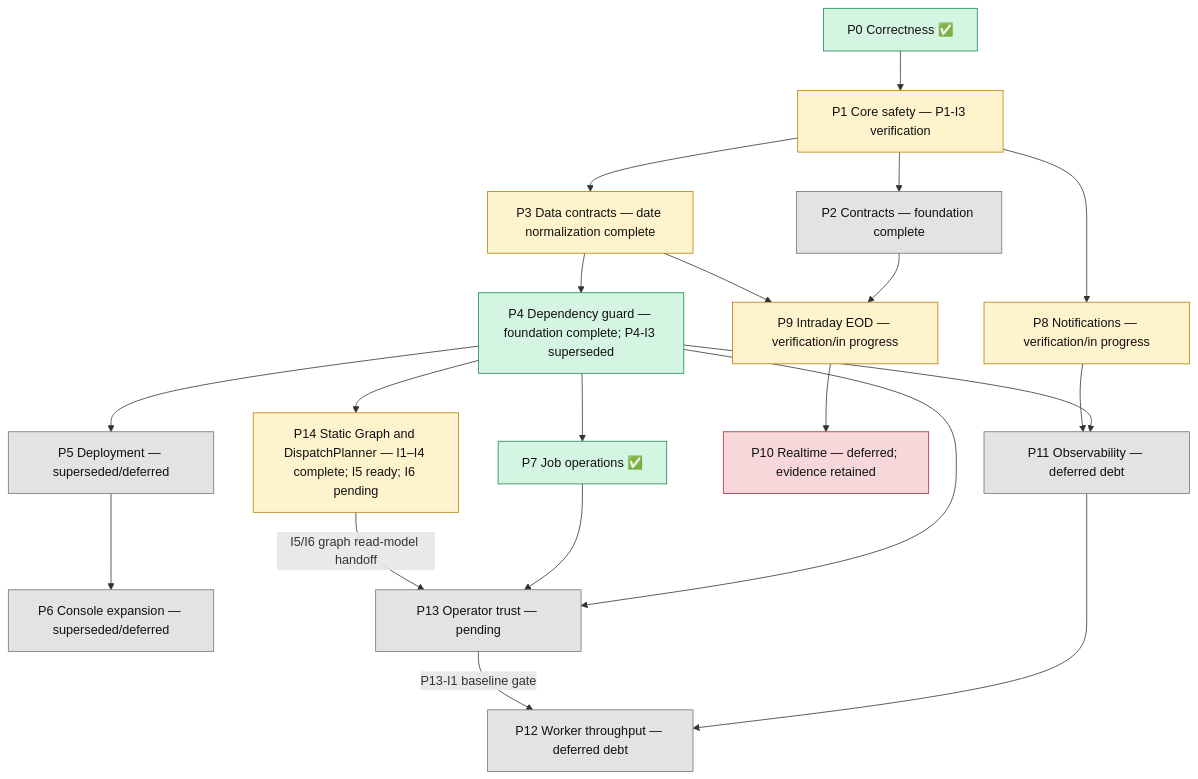
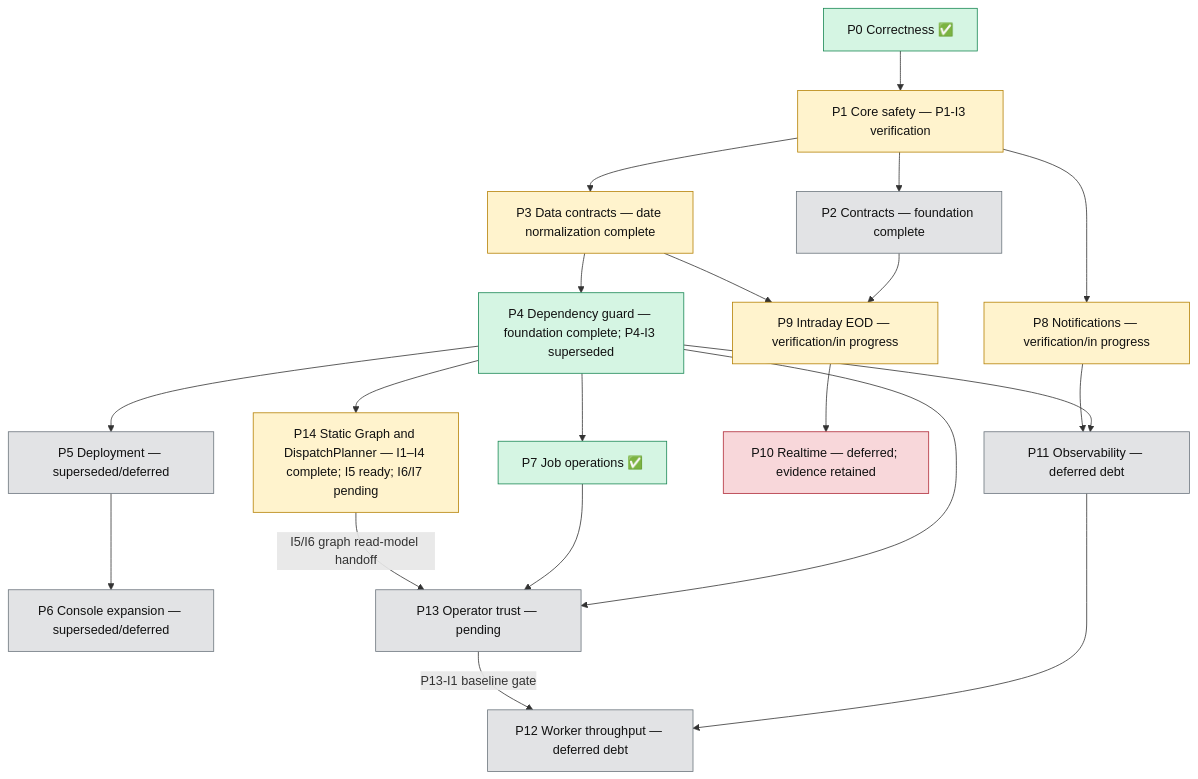
Before and after one commit to tanlocit9/omni: the diagram in docs/plans/roadmap/roadmap.md, drawn with Mermaid. The commit also changed other lines of this file and 5 other files, not shown here.

````diff
--- a/docs/plans/roadmap/roadmap.md
+++ b/docs/plans/roadmap/roadmap.md
@@ -7,31 +7,31 @@
 ```mermaid
 flowchart TD
     P0["P0 Correctness ✅"] --> P1["P1 Core safety — P1-I3 verification"]
     P1 --> P2["P2 Contracts — foundation complete"]
     P1 --> P3["P3 Data contracts — date normalization complete"]
     P3 --> P4["P4 Dependency guard — foundation complete; P4-I3 superseded"]
-    P4 --> P14["P14 Static Graph and DispatchPlanner — I1–I4 complete; I5 ready; I6 pending"]
+    P4 --> P14["P14 Static Graph and DispatchPlanner — I1–I4 complete; I5 ready; I6/I7 pending"]
     P4 --> P5["P5 Deployment — superseded/deferred"]
     P5 --> P6["P6 Console expansion — superseded/deferred"]
     P4 --> P7["P7 Job operations ✅"]
     P1 --> P8["P8 Notifications — verification/in progress"]
     P2 --> P9["P9 Intraday EOD — verification/in progress"]
     P3 --> P9
     P9 --> P10["P10 Realtime — deferred; evidence retained"]
     P4 --> P11["P11 Observability — deferred debt"]
     P8 --> P11
     P4 --> P13["P13 Operator trust — pending"]
     P7 --> P13
     P14 -->|"I5/I6 graph read-model handoff"| P13
     P11 --> P12["P12 Worker throughput — deferred debt"]
     P13 -->|"P13-I1 baseline gate"| P12
 
     classDef done fill:#d5f5e3,stroke:#198754,color:#111;
     classDef active fill:#fff3cd,stroke:#b58105,color:#111;
     classDef pending fill:#e2e3e5,stroke:#6c757d,color:#111;
     classDef blocked fill:#f8d7da,stroke:#b02a37,color:#111;
     class P0,P4,P7 done;
     class P1,P3,P8,P9,P14 active;
     class P2,P5,P6,P11,P12,P13 pending;
     class P10 blocked;
 ```
````
